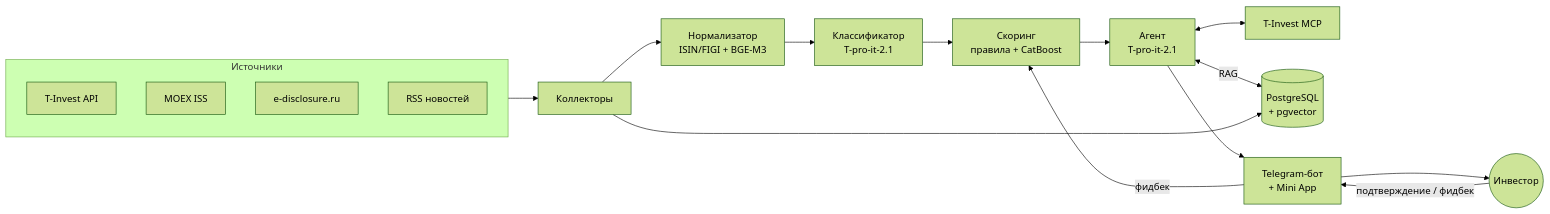
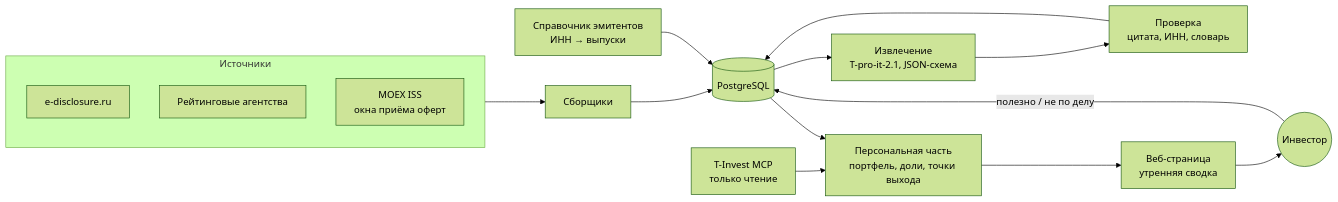
One commit to mawarzd/portfolio-event-radar changed the diagram in README.md. Above: the diagram before and after it, drawn with Mermaid (forest theme). The commit also changed other lines of this file and 5 other files, not shown here.

````diff
--- a/README.md
+++ b/README.md
@@ -46,26 +48,25 @@
 ```mermaid
 flowchart LR
     subgraph SRC["Источники"]
-        TAPI["T-Invest API"]
-        ISS["MOEX ISS"]
         DISC["e-disclosure.ru"]
-        NEWS["RSS новостей"]
+        RA["Рейтинговые агентства"]
+        ISS["MOEX ISS<br/>окна приёма оферт"]
     end
 
-    COL["Коллекторы"]
-    NORM["Нормализатор<br/>ISIN/FIGI + BGE-M3"]
-    CLS["Классификатор<br/>T-pro-it-2.1"]
-    SCORE["Скоринг<br/>правила + CatBoost"]
-    AGENT["Агент<br/>T-pro-it-2.1"]
-    MCP["T-Invest MCP"]
-    DB[("PostgreSQL<br/>+ pgvector")]
-    UI["Telegram-бот<br/>+ Mini App"]
+    COL["Сборщики"]
+    DIR["Справочник эмитентов<br/>ИНН → выпуски"]
+    EXT["Извлечение<br/>T-pro-it-2.1, JSON-схема"]
+    VER["Проверка<br/>цитата, ИНН, словарь"]
+    DB[("PostgreSQL")]
+    PERS["Персональная часть<br/>портфель, доли, точки выхода"]
+    MCP["T-Invest MCP<br/>только чтение"]
+    UI["Веб-страница<br/>утренняя сводка"]
     USER(("Инвестор"))
 
-    SRC --> COL --> NORM --> CLS --> SCORE --> AGENT --> UI --> USER
-    AGENT <--> MCP
-    AGENT <-->|RAG| DB
-    COL --> DB
-    USER -->|"подтверждение / фидбек"| UI
-    UI -->|фидбек| SCORE
+    SRC --> COL --> DB
+    DB --> EXT --> VER --> DB
+    DIR --> DB
+    MCP --> PERS
+    DB --> PERS --> UI --> USER
+    USER -->|"полезно / не по делу"| DB
 ```
````
